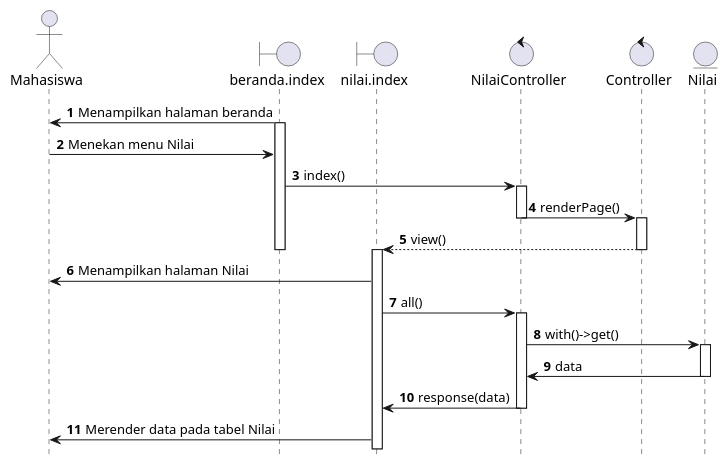
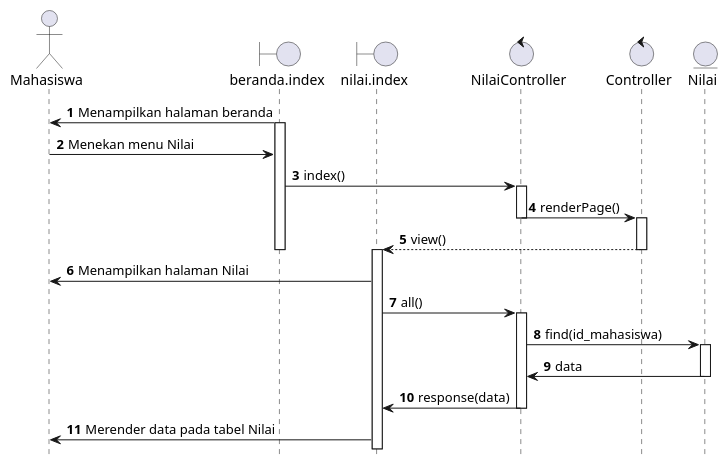
One commit to dhymasriyanto/shamy changed the diagram in UML/Sequence Diagram Melihat Nilai.puml. Above: the diagram before and after it, drawn with PlantUML. The commit also changed 5 other files, not shown here.

```diff
--- a/UML/Sequence Diagram Melihat Nilai.puml
+++ b/UML/Sequence Diagram Melihat Nilai.puml
@@ -1,56 +1,56 @@
 @startuml sequence_diagram_lihat_nilai
 hide footbox
 autonumber
 
 actor Mahasiswa
 boundary beranda.index
 boundary nilai.index
 control NilaiController
 control Controller
 entity Nilai
 
 beranda.index -> Mahasiswa : Menampilkan halaman beranda
 
 activate beranda.index
 
 Mahasiswa -> beranda.index : Menekan menu Nilai
 
 beranda.index -> NilaiController : index()
 
 activate NilaiController
 
 NilaiController -> Controller : renderPage()
 
 deactivate NilaiController
 
 activate Controller
 
 Controller --> nilai.index : view()
 
 deactivate beranda.index
 
 activate nilai.index
 
 deactivate Controller
 
 nilai.index -> Mahasiswa : Menampilkan halaman Nilai
 
 nilai.index -> NilaiController  : all()
 
 activate NilaiController
 
-NilaiController -> Nilai : with()->get()
+NilaiController -> Nilai : find(id_mahasiswa)
 
 activate Nilai
 
 Nilai -> NilaiController : data
 
 deactivate Nilai
 
 NilaiController -> nilai.index : response(data)
 
 deactivate NilaiController
 
 nilai.index -> Mahasiswa : Merender data pada tabel Nilai
 
 @enduml
```
